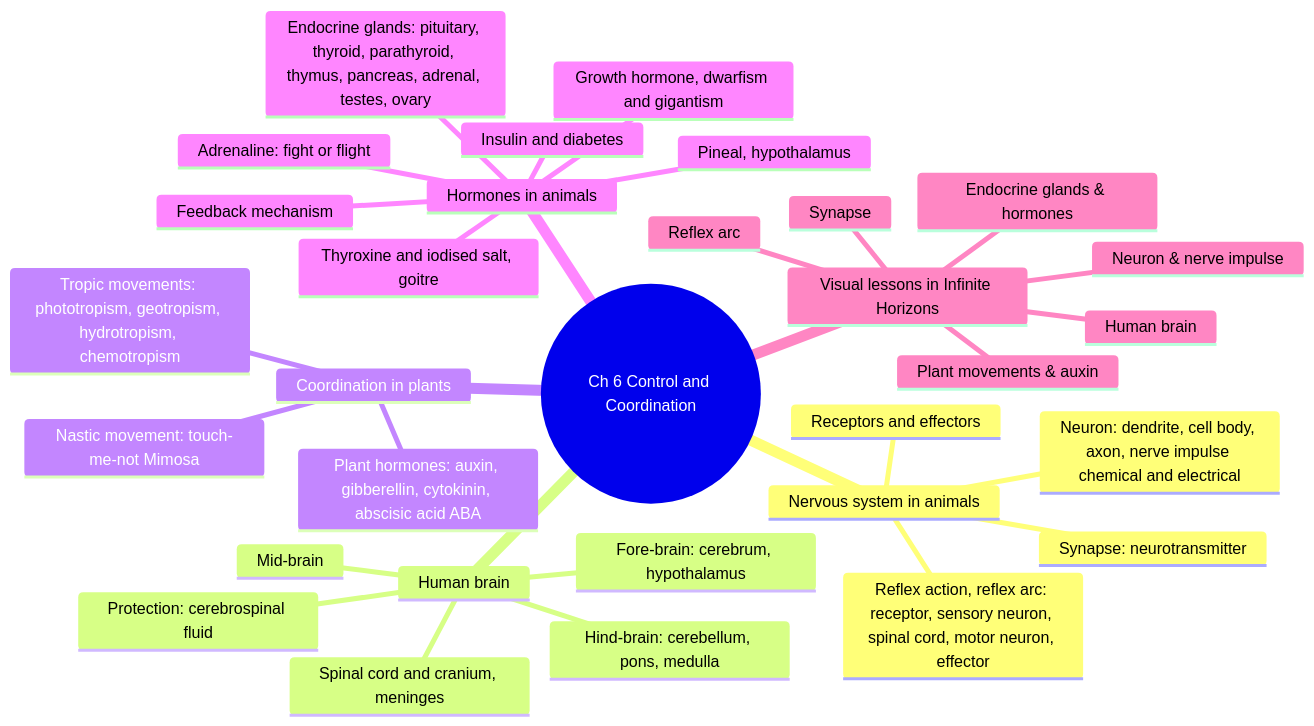
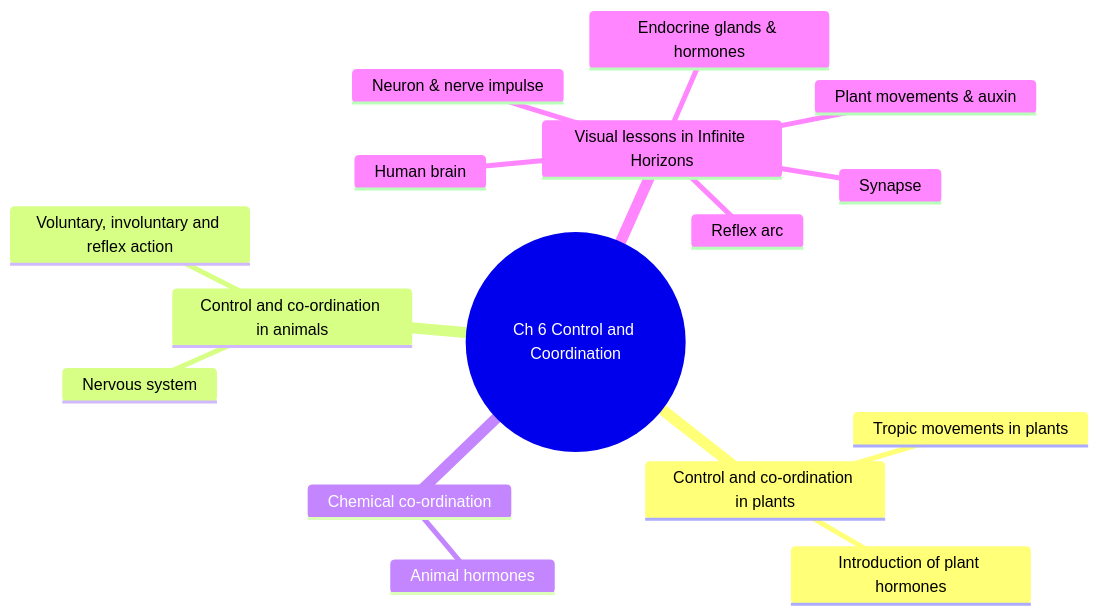
Before and after one commit to anveshix/ifinite-horizon: diagram 18 of 25 in docs/CHAPTER_MINDMAPS.md, drawn with Mermaid. The commit also changed other lines of this file and 22 other files, not shown here.

First line of the commit message:
fix(mindmap): rebuild Class X deep maps from the CBSE 2026-27 PDF; correct formative-only scope (Evolution, Motor/EMI/Generator only); add PDF-derived inventory

````diff
--- a/docs/CHAPTER_MINDMAPS.md
+++ b/docs/CHAPTER_MINDMAPS.md
@@ -732,34 +645,19 @@
 ```mermaid
 mindmap
   root((Ch 6 Control and Coordination))
-    Nervous system in animals
-      Receptors and effectors
-      Neuron: dendrite, cell body, axon, nerve impulse chemical and electrical
-      Synapse: neurotransmitter
-      Reflex action, reflex arc: receptor, sensory neuron, spinal cord, motor neuron, effector
-    Human brain
-      Fore-brain: cerebrum, hypothalamus
-      Mid-brain
-      Hind-brain: cerebellum, pons, medulla
-      Spinal cord and cranium, meninges
-      Protection: cerebrospinal fluid
-    Coordination in plants
-      Tropic movements: phototropism, geotropism, hydrotropism, chemotropism
-      Nastic movement: touch-me-not Mimosa
-      Plant hormones: auxin, gibberellin, cytokinin, abscisic acid ABA
-    Hormones in animals
-      Endocrine glands: pituitary, thyroid, parathyroid, thymus, pancreas, adrenal, testes, ovary
-      Thyroxine and iodised salt, goitre
-      Growth hormone, dwarfism and gigantism
-      Insulin and diabetes
-      Adrenaline: fight or flight
-      Feedback mechanism
-      Pineal, hypothalamus
+    Control and co-ordination in plants
+      Tropic movements in plants
+      Introduction of plant hormones
+    Control and co-ordination in animals
+      Nervous system
+      Voluntary, involuntary and reflex action
+    Chemical co-ordination
+      Animal hormones
     Visual lessons in Infinite Horizons
       Reflex arc
       Neuron & nerve impulse
       Synapse
       Human brain
       Plant movements & auxin
       Endocrine glands & hormones
 ```
````
